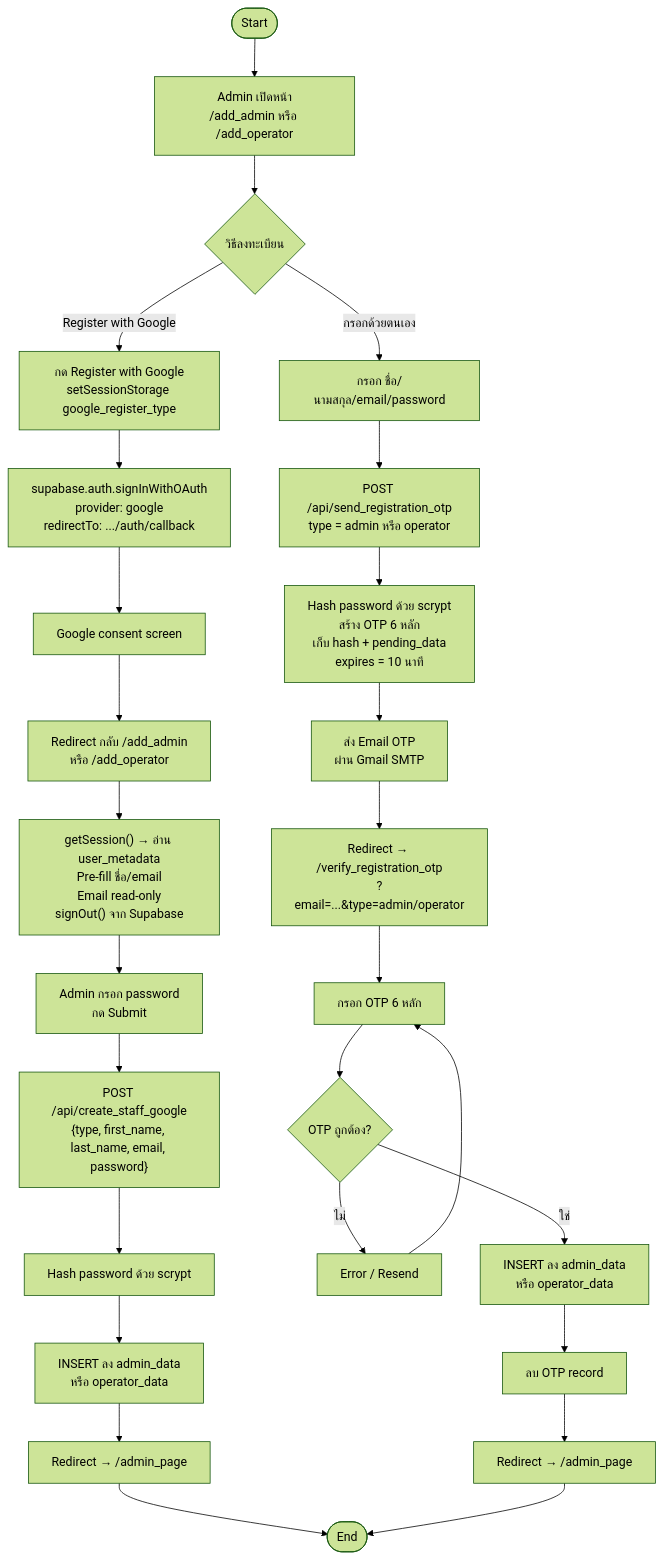
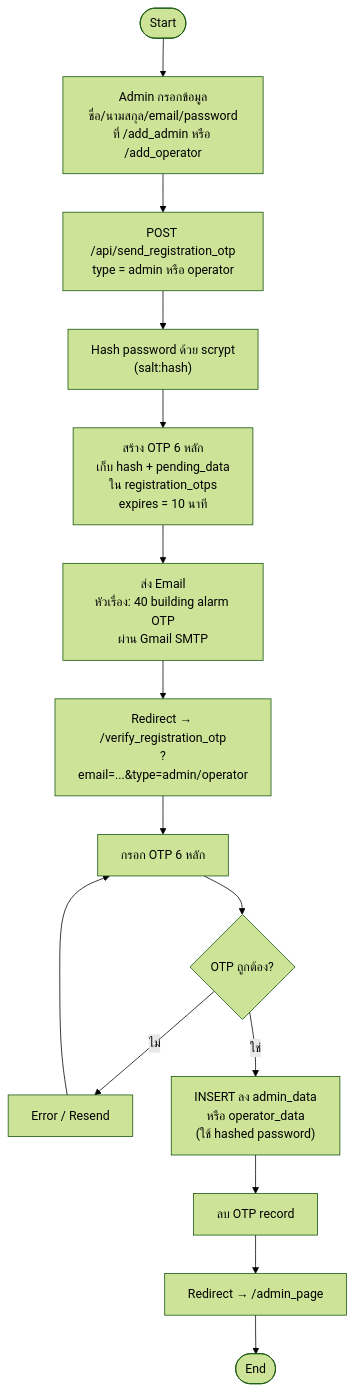
One commit to baitankub-boop/emergency_alert changed the seventh of 12 diagrams in README.md. Above: the diagram before and after it, drawn with Mermaid (forest theme). The commit also changed other lines of this file and 3 other files, not shown here.

````diff
--- a/README.md
+++ b/README.md
@@ -234,32 +234,17 @@
 ```mermaid
 flowchart TD
-    A([Start]) --> REG["Admin เปิดหน้า\n/add_admin หรือ /add_operator"]
-    REG --> CHOICE{"วิธีลงทะเบียน"}
-
-    CHOICE -- "Register with Google" --> GG["กด Register with Google\nsetSessionStorage google_register_type"]
-    GG --> GOAUTH["supabase.auth.signInWithOAuth\nprovider: google\nredirectTo: .../auth/callback"]
-    GOAUTH --> GCONSENT["Google consent screen"]
-    GCONSENT --> GCB["Redirect กลับ /add_admin\nหรือ /add_operator"]
-    GCB --> GPREFILL["getSession() → อ่าน user_metadata\nPre-fill ชื่อ/email\nEmail read-only\nsignOut() จาก Supabase"]
-    GPREFILL --> GPWD["Admin กรอก password\nกด Submit"]
-    GPWD --> GAPI["POST /api/create_staff_google\n{type, first_name, last_name, email, password}"]
-    GAPI --> GHASH["Hash password ด้วย scrypt"]
-    GHASH --> GINSERT["INSERT ลง admin_data\nหรือ operator_data"]
-    GINSERT --> GDONE["Redirect → /admin_page"]
-
-    CHOICE -- "กรอกด้วยตนเอง" --> B["กรอก ชื่อ/นามสกุล/email/password"]
+    A([Start]) --> B["Admin กรอกข้อมูล\nชื่อ/นามสกุล/email/password\nที่ /add_admin หรือ /add_operator"]
     B --> C["POST /api/send_registration_otp\ntype = admin หรือ operator"]
-    C --> D["Hash password ด้วย scrypt\nสร้าง OTP 6 หลัก\nเก็บ hash + pending_data\nexpires = 10 นาที"]
-    D --> E["ส่ง Email OTP\nผ่าน Gmail SMTP"]
-    E --> F["Redirect → /verify_registration_otp\n?email=...&type=admin/operator"]
-    F --> H["กรอก OTP 6 หลัก"]
+    C --> D["Hash password ด้วย scrypt\n(salt:hash)"]
+    D --> E["สร้าง OTP 6 หลัก\nเก็บ hash + pending_data\nใน registration_otps\nexpires = 10 นาที"]
+    E --> F["ส่ง Email\nหัวเรื่อง: 40 building alarm OTP\nผ่าน Gmail SMTP"]
+    F --> G["Redirect → /verify_registration_otp\n?email=...&type=admin/operator"]
+    G --> H["กรอก OTP 6 หลัก"]
     H --> I{"OTP ถูกต้อง?"}
     I -- ไม่ --> J["Error / Resend"]
     J --> H
-    I -- ใช่ --> K["INSERT ลง admin_data\nหรือ operator_data"]
+    I -- ใช่ --> K["INSERT ลง admin_data\nหรือ operator_data\n(ใช้ hashed password)"]
     K --> L["ลบ OTP record"]
     L --> M["Redirect → /admin_page"]
-
-    GDONE --> Z([End])
-    M --> Z
+    M --> Z([End])
 ```
````
